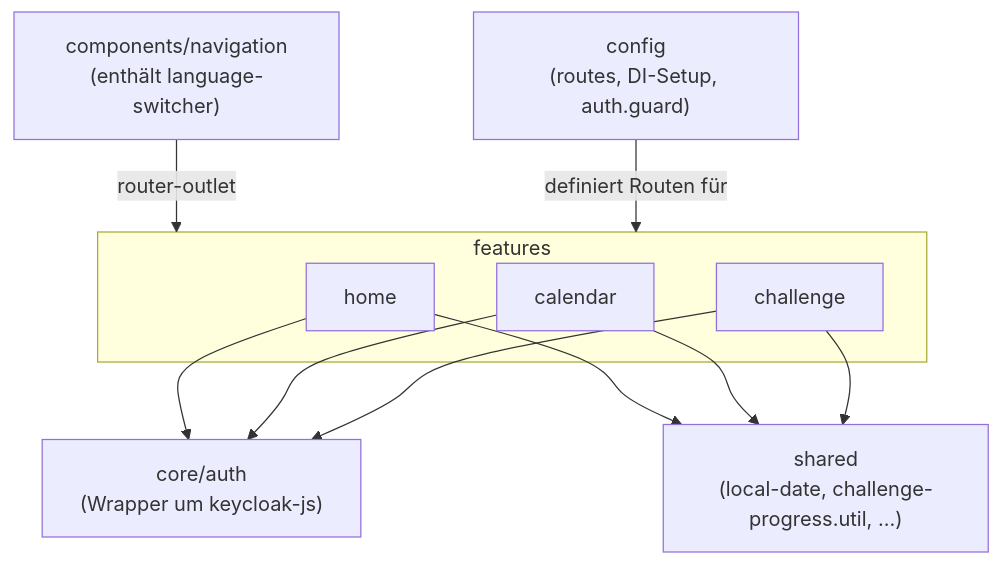
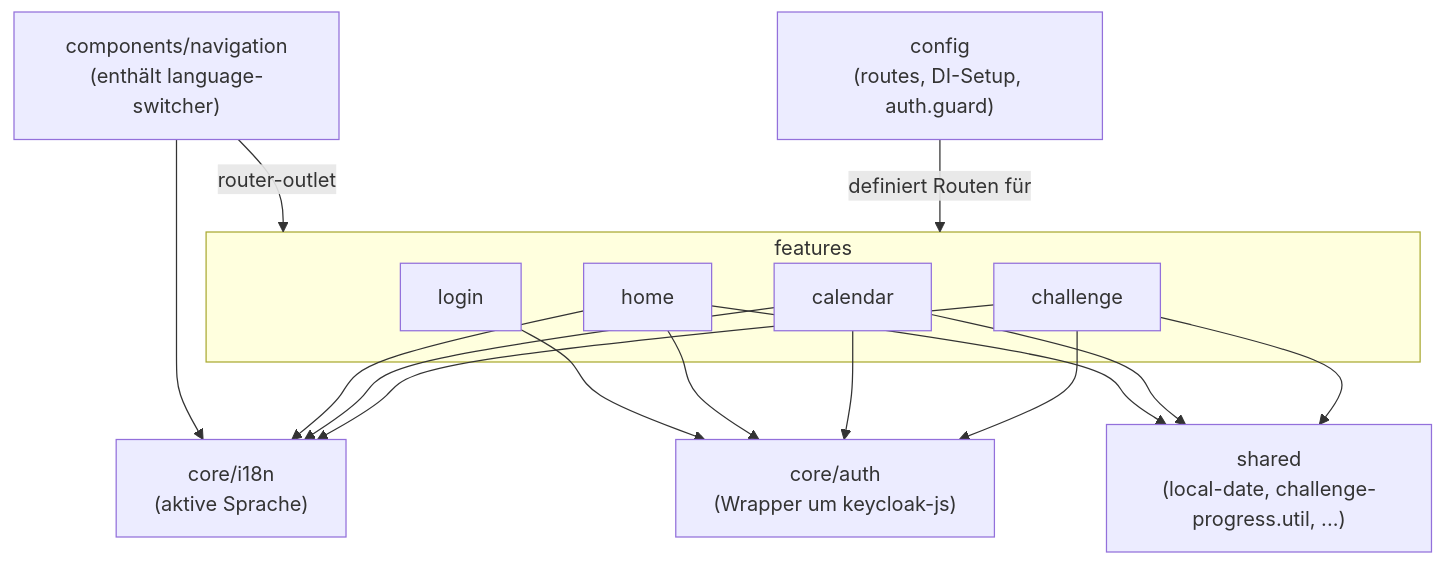
Before and after one commit to dominic-bieri/weblab-projekt: the fifth of 9 diagrams in Architekturdokumentation.md, drawn with Mermaid. The commit also changed other lines of this file and 10 other files, not shown here.

````diff
--- a/Architekturdokumentation.md
+++ b/Architekturdokumentation.md
@@ -153,21 +153,28 @@
 ```mermaid
 graph TB
     Nav["components/navigation<br/>(enthält language-switcher)"]
     config["config<br/>(routes, DI-Setup, auth.guard)"]
     subgraph features
+        login[login]
         home[home]
         calendar[calendar]
         challenge[challenge]
     end
     core["core/auth<br/>(Wrapper um keycloak-js)"]
+    i18n["core/i18n<br/>(aktive Sprache)"]
     shared["shared<br/>(local-date, challenge-progress.util, ...)"]
 
     Nav -- "router-outlet" --> features
     config -- "definiert Routen für" --> features
+    login --> core
     home --> core
     calendar --> core
     challenge --> core
     home --> shared
     calendar --> shared
     challenge --> shared
+    Nav --> i18n
+    home --> i18n
+    calendar --> i18n
+    challenge --> i18n
 ```
````
